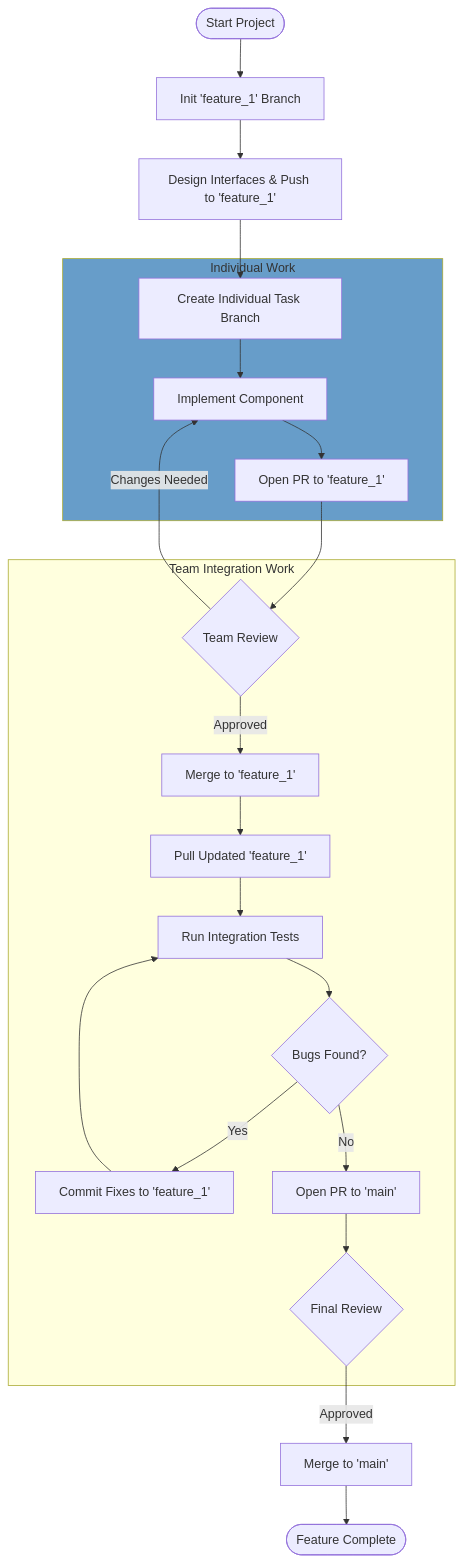
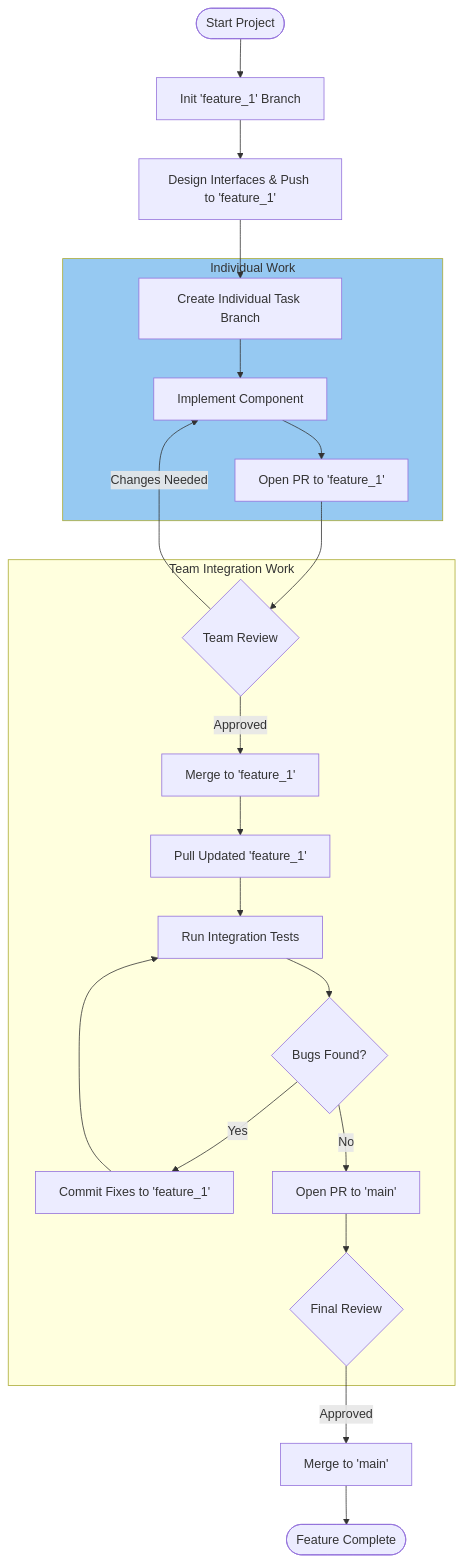
The first of 2 diagrams in README.md (cse4504-wustl/workflow), drawn with Mermaid before and after one commit.

Commit message:
Update style color for Individual Work section

````diff
--- a/README.md
+++ b/README.md
@@ -2,28 +2,28 @@
 ```mermaid
 flowchart TD
     Start([Start Project]) --> InitFeature[Init 'feature_1' Branch]
     InitFeature --> Design[Design Interfaces & Push to 'feature_1']
     Design --> BranchInd[Create Individual Task Branch]
 
     subgraph Indiv_Work [Individual Work]
     BranchInd --> Implement[Implement Component]
     Implement --> PR_Ind[Open PR to 'feature_1']
     end
-    style Indiv_Work fill:#679DC9
+    style Indiv_Work fill:#96C9F2
 
     subgraph Team Integration Work
     Review_Ind -- Changes Needed --> Implement
     PR_Ind --> Review_Ind{Team Review}
     Review_Ind -- Approved --> Merge_Ind[Merge to 'feature_1']    
     Merge_Ind --> Pull[Pull Updated 'feature_1']
     Pull --> Test[Run Integration Tests]
     Test --> Fix{Bugs Found?}
     Fix -- Yes --> FixCommit[Commit Fixes to 'feature_1']
     FixCommit --> Test
     Fix -- No --> FinalPR[Open PR to 'main']
     FinalPR --> Review_Final{Final Review}
     end
 
     Review_Final -- Approved --> MainMerge[Merge to 'main']
     MainMerge --> Done([Feature Complete])
 ```
````
